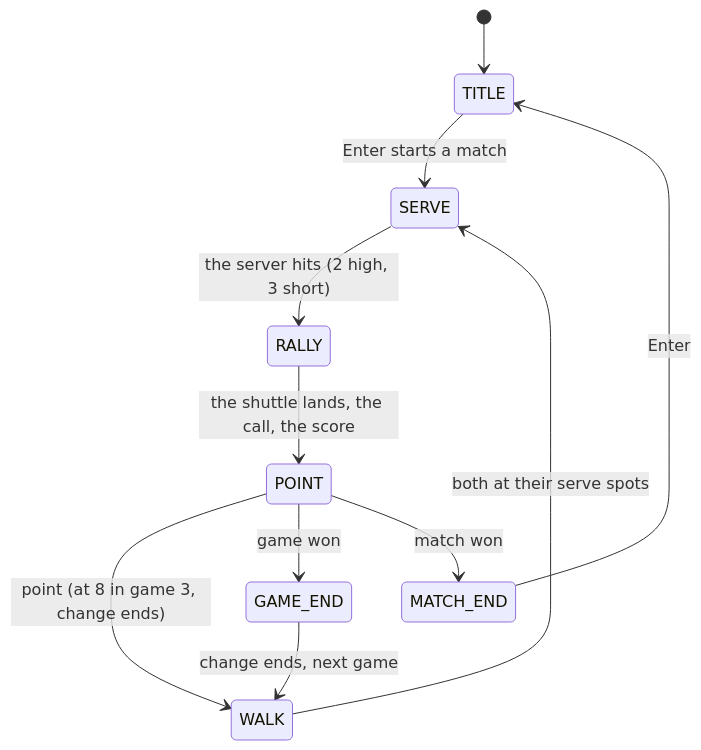
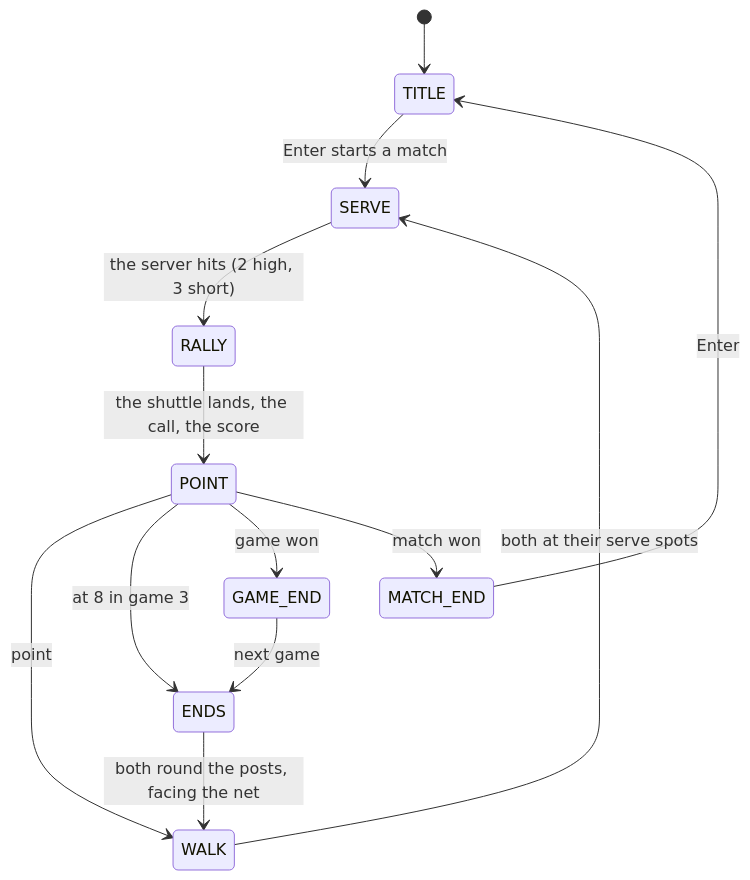
One commit to totopoloco/badminton-game changed the fourth of 6 diagrams in ARCHITECTURE.md. Above: the diagram before and after it, drawn with Mermaid. The commit also changed other lines of this file and 23 other files, not shown here.

Commit message:
Walk round the net posts to change ends, clap hands after the match

````diff
--- a/ARCHITECTURE.md
+++ b/ARCHITECTURE.md
@@ -186,13 +186,15 @@
 ```mermaid
 stateDiagram-v2
     [*] --> TITLE
     TITLE --> SERVE: Enter starts a match
     SERVE --> RALLY: the server hits (2 high, 3 short)
     RALLY --> POINT: the shuttle lands, the call, the score
-    POINT --> WALK: point (at 8 in game 3, change ends)
+    POINT --> WALK: point
+    POINT --> ENDS: at 8 in game 3
     POINT --> GAME_END: game won
     POINT --> MATCH_END: match won
+    ENDS --> WALK: both round the posts, facing the net
     WALK --> SERVE: both at their serve spots
-    GAME_END --> WALK: change ends, next game
+    GAME_END --> ENDS: next game
     MATCH_END --> TITLE: Enter
 ```
````
